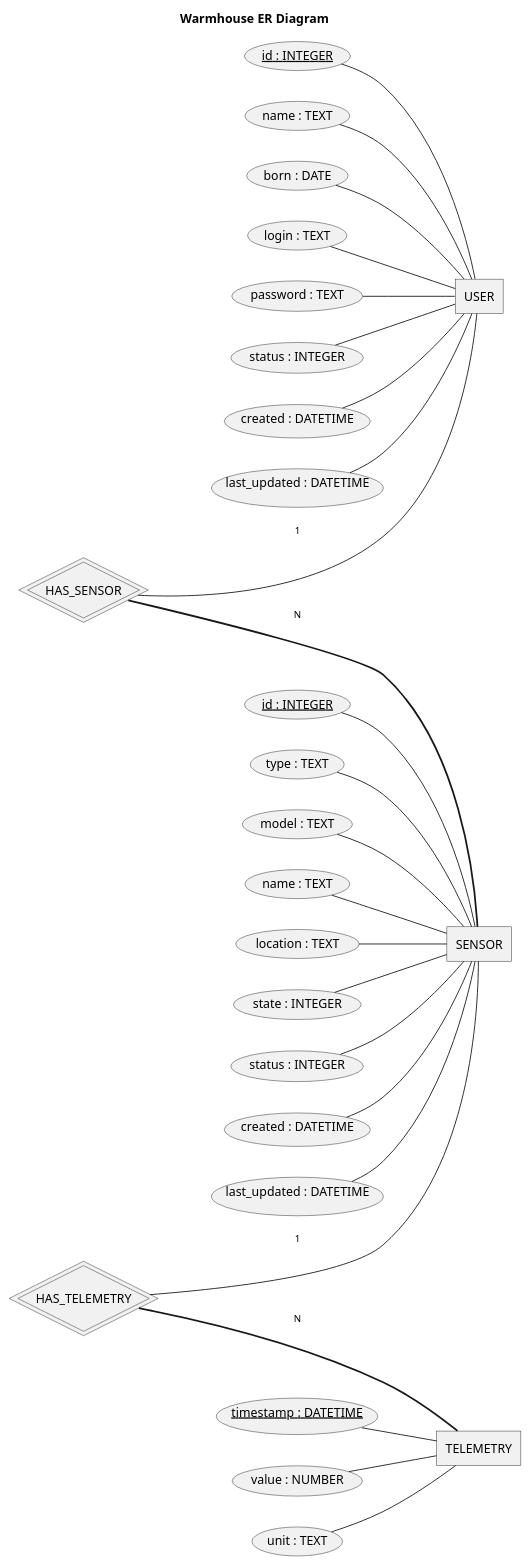
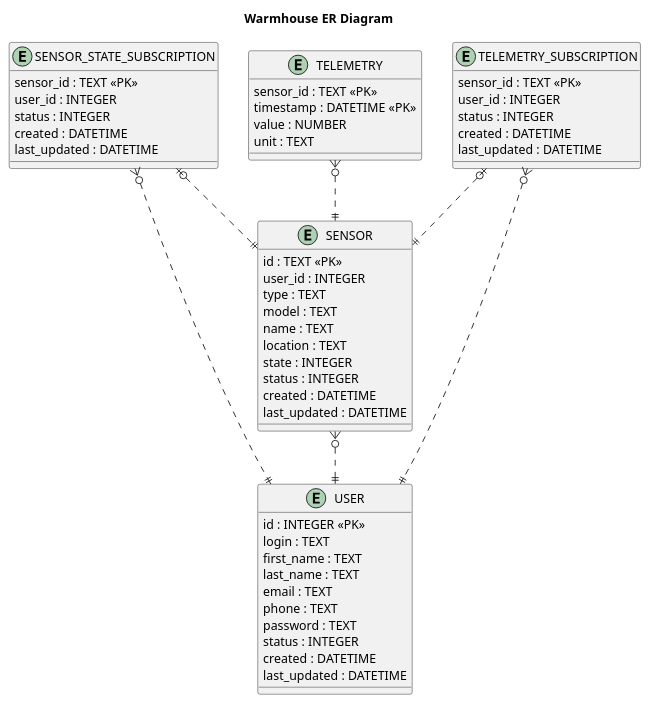
The diagram in diagrams/er/er-diagram.puml (grafkozloff/arch-sprint1), drawn with PlantUML before and after one commit. The commit also changed 6 other files, not shown here.

```diff
--- a/diagrams/er/er-diagram.puml
+++ b/diagrams/er/er-diagram.puml
@@ -1,47 +1,60 @@
-@startchen
+@startuml
 title Warmhouse ER Diagram
 
-left to right direction
-
 entity USER {
-  id : INTEGER <<key>>
-  name : TEXT
-  born : DATE
+  id : INTEGER <<PK>>
   login : TEXT
+  first_name : TEXT
+  last_name : TEXT
+  email : TEXT
+  phone : TEXT
   password : TEXT
   status : INTEGER
   created : DATETIME
   last_updated : DATETIME
 }
 
 entity SENSOR {
-  id : INTEGER <<key>>
+  id : TEXT <<PK>>
+  user_id : INTEGER
   type : TEXT
   model : TEXT
   name : TEXT
   location : TEXT
   state : INTEGER
   status : INTEGER
   created : DATETIME
   last_updated : DATETIME
 }
 
+entity SENSOR_STATE_SUBSCRIPTION {
+  sensor_id : TEXT <<PK>>
+  user_id : INTEGER
+  status : INTEGER
+  created : DATETIME
+  last_updated : DATETIME
+}
+
 entity TELEMETRY {
-  timestamp : DATETIME <<key>>
+  sensor_id : TEXT <<PK>>
+  timestamp : DATETIME <<PK>>
   value : NUMBER
   unit : TEXT
 }
 
-relationship HAS_SENSOR <<identifying>> {
+entity TELEMETRY_SUBSCRIPTION {
+  sensor_id : TEXT <<PK>>
+  user_id : INTEGER
+  status : INTEGER
+  created : DATETIME
+  last_updated : DATETIME
 }
 
-HAS_SENSOR -1- USER
-HAS_SENSOR =N= SENSOR
+SENSOR }o..|| USER
+TELEMETRY }o..|| SENSOR
+SENSOR_STATE_SUBSCRIPTION }o..|| USER
+TELEMETRY_SUBSCRIPTION }o..|| USER
+SENSOR_STATE_SUBSCRIPTION |o..|| SENSOR
+TELEMETRY_SUBSCRIPTION |o..|| SENSOR
 
-relationship HAS_TELEMETRY <<identifying>> {
-}
-
-HAS_TELEMETRY -1- SENSOR
-HAS_TELEMETRY =N= TELEMETRY
-
-@endchen
+@enduml
```
